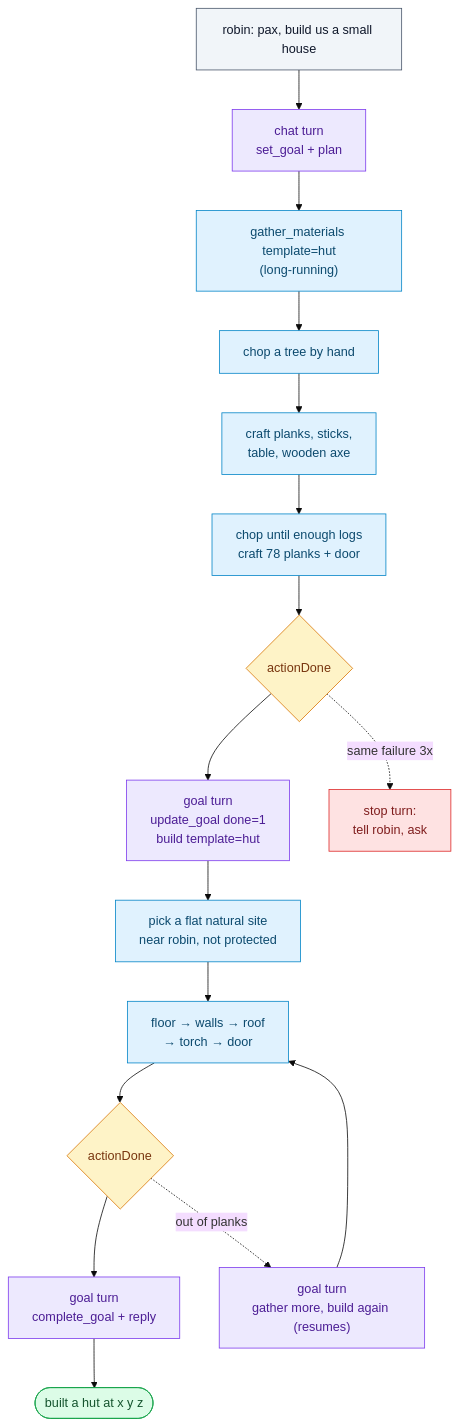
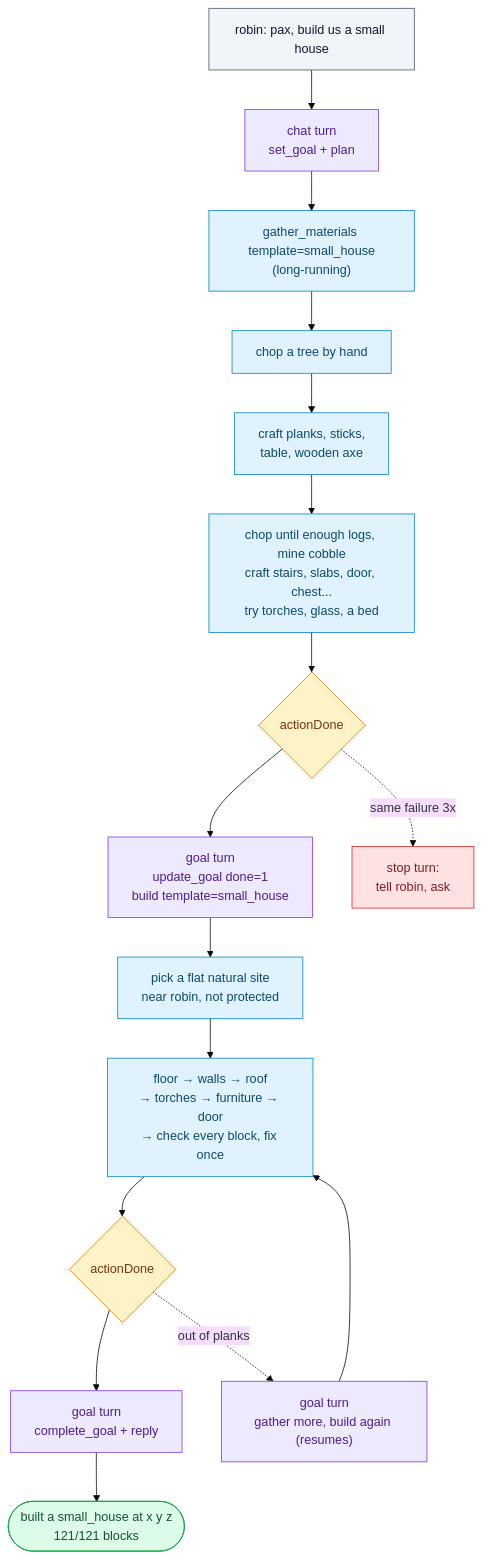
The first of 2 diagrams in docs/guide/goals-and-building.md (thereisnotime/golemkit), drawn with Mermaid (base theme) before and after one commit. The commit also changed other lines of this file and 26 other files, not shown here.

````diff
--- a/docs/guide/goals-and-building.md
+++ b/docs/guide/goals-and-building.md
@@ -15,28 +15,28 @@
 ```mermaid
 flowchart TB
   A["robin: pax, build us a small house"] --> B["chat turn<br/>set_goal + plan"]
-  B --> C["gather_materials template=hut<br/>(long-running)"]
-  C --> C1["chop a tree by hand"] --> C2["craft planks, sticks,<br/>table, wooden axe"] --> C3["chop until enough logs<br/>craft 78 planks + door"]
+  B --> C["gather_materials template=small_house<br/>(long-running)"]
+  C --> C1["chop a tree by hand"] --> C2["craft planks, sticks,<br/>table, wooden axe"] --> C3["chop until enough logs, mine cobble<br/>craft stairs, slabs, door, chest...<br/>try torches, glass, a bed"]
   C3 --> D{"actionDone"}
-  D --> E["goal turn<br/>update_goal done=1<br/>build template=hut"]
+  D --> E["goal turn<br/>update_goal done=1<br/>build template=small_house"]
   E --> F["pick a flat natural site<br/>near robin, not protected"]
-  F --> G["floor → walls → roof<br/>→ torch → door"]
+  F --> G["floor → walls → roof<br/>→ torches → furniture → door<br/>→ check every block, fix once"]
   G --> H{"actionDone"}
   H --> I["goal turn<br/>complete_goal + reply"]
-  I --> J(["built a hut at x y z"])
+  I --> J(["built a small_house at x y z<br/>121/121 blocks"])
   D -.->|"same failure 3x"| S["stop turn:<br/>tell robin, ask"]
   H -.->|"out of planks"| E2["goal turn<br/>gather more, build again (resumes)"] --> G
 
   classDef chat fill:#f1f5f9,stroke:#475569,color:#0f172a
   classDef llm fill:#ede9fe,stroke:#7c3aed,color:#4c1d95
   classDef act fill:#e0f2fe,stroke:#0284c7,color:#0c4a6e
   classDef evt fill:#fef3c7,stroke:#d97706,color:#78350f
   classDef done fill:#dcfce7,stroke:#16a34a,color:#14532d
   classDef stop fill:#fee2e2,stroke:#dc2626,color:#7f1d1d
   class A chat
   class B,E,I,E2 llm
   class C,C1,C2,C3,F,G act
   class D,H evt
   class J done
   class S stop
 ```
````
